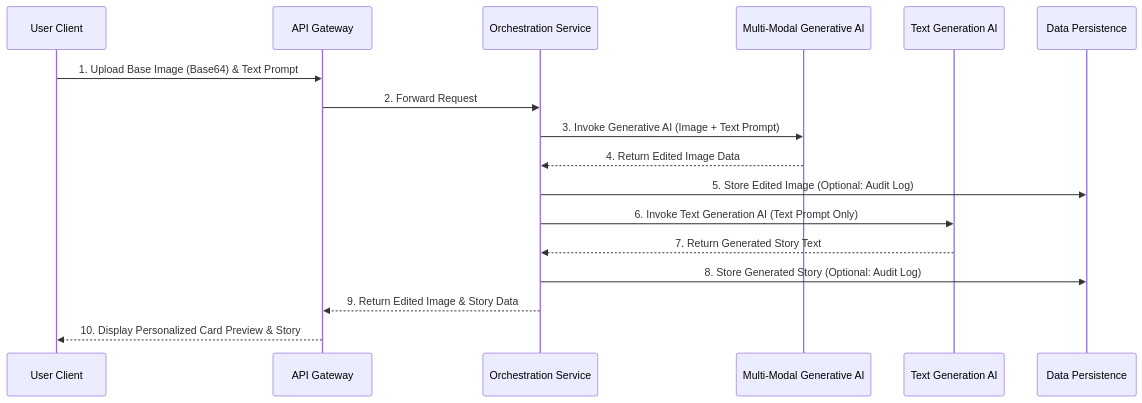
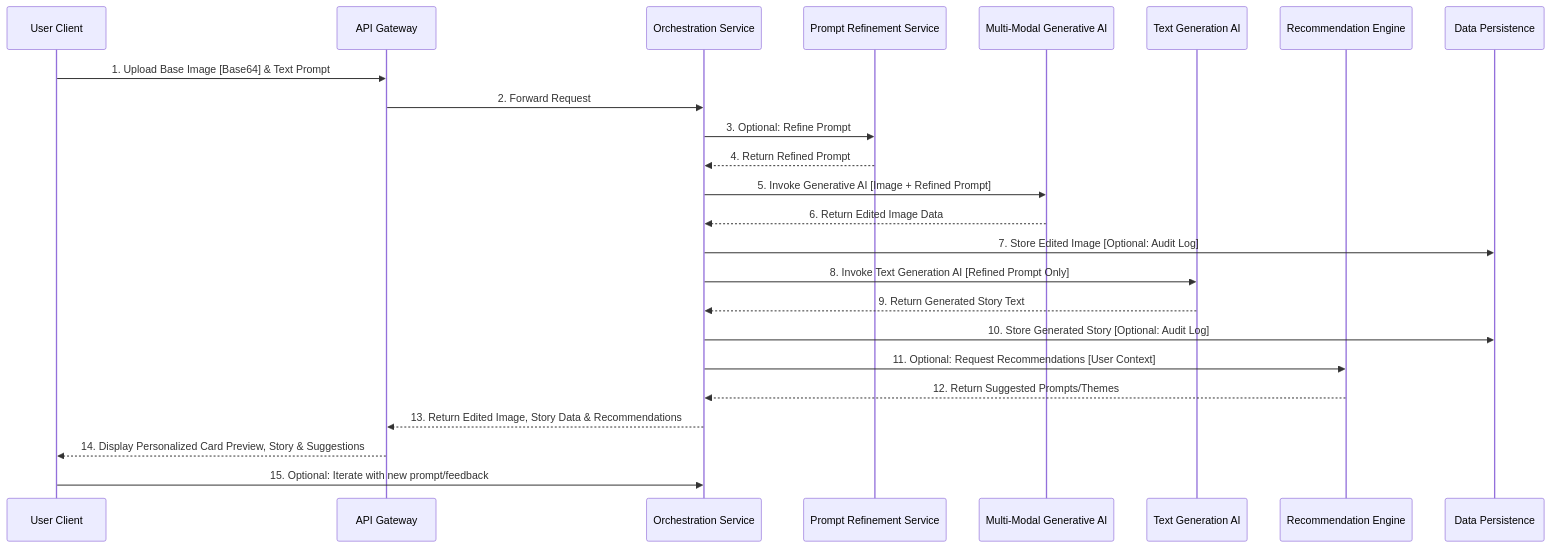
Before and after one commit to diplomat-bit/Citibank_Demo_Business_Inc_Demonstration-: the second of 2 diagrams in inventions/003_narrative_generative_image_editing.md, drawn with Mermaid. The commit also changed other lines of this file, not shown here.

Commit message:
[AI] Edit: inventions/003_narrative_generative_image_editing.md

````diff
--- a/inventions/003_narrative_generative_image_editing.md
+++ b/inventions/003_narrative_generative_image_editing.md
@@ -46,20 +54,27 @@
 ```mermaid
 sequenceDiagram
     participant User as User Client
     participant API as API Gateway
     participant Orchestrator as Orchestration Service
+    participant PromptRefiner as Prompt Refinement Service
     participant GenerativeAI as Multi-Modal Generative AI
     participant TextGenAI as Text Generation AI
+    participant Recommender as Recommendation Engine
     participant DB as Data Persistence
 
-    User->>API: 1. Upload Base Image (Base64) & Text Prompt
+    User->>API: 1. Upload Base Image [Base64] & Text Prompt
     API->>Orchestrator: 2. Forward Request
-    Orchestrator->>GenerativeAI: 3. Invoke Generative AI (Image + Text Prompt)
-    GenerativeAI-->>Orchestrator: 4. Return Edited Image Data
-    Orchestrator->>DB: 5. Store Edited Image (Optional: Audit Log)
-    Orchestrator->>TextGenAI: 6. Invoke Text Generation AI (Text Prompt Only)
-    TextGenAI-->>Orchestrator: 7. Return Generated Story Text
-    Orchestrator->>DB: 8. Store Generated Story (Optional: Audit Log)
-    Orchestrator-->>API: 9. Return Edited Image & Story Data
-    API-->>User: 10. Display Personalized Card Preview & Story
+    Orchestrator->>PromptRefiner: 3. Optional: Refine Prompt
+    PromptRefiner-->>Orchestrator: 4. Return Refined Prompt
+    Orchestrator->>GenerativeAI: 5. Invoke Generative AI [Image + Refined Prompt]
+    GenerativeAI-->>Orchestrator: 6. Return Edited Image Data
+    Orchestrator->>DB: 7. Store Edited Image [Optional: Audit Log]
+    Orchestrator->>TextGenAI: 8. Invoke Text Generation AI [Refined Prompt Only]
+    TextGenAI-->>Orchestrator: 9. Return Generated Story Text
+    Orchestrator->>DB: 10. Store Generated Story [Optional: Audit Log]
+    Orchestrator->>Recommender: 11. Optional: Request Recommendations [User Context]
+    Recommender-->>Orchestrator: 12. Return Suggested Prompts/Themes
+    Orchestrator-->>API: 13. Return Edited Image, Story Data & Recommendations
+    API-->>User: 14. Display Personalized Card Preview, Story & Suggestions
+    User->>Orchestrator: 15. Optional: Iterate with new prompt/feedback
 ```
````
